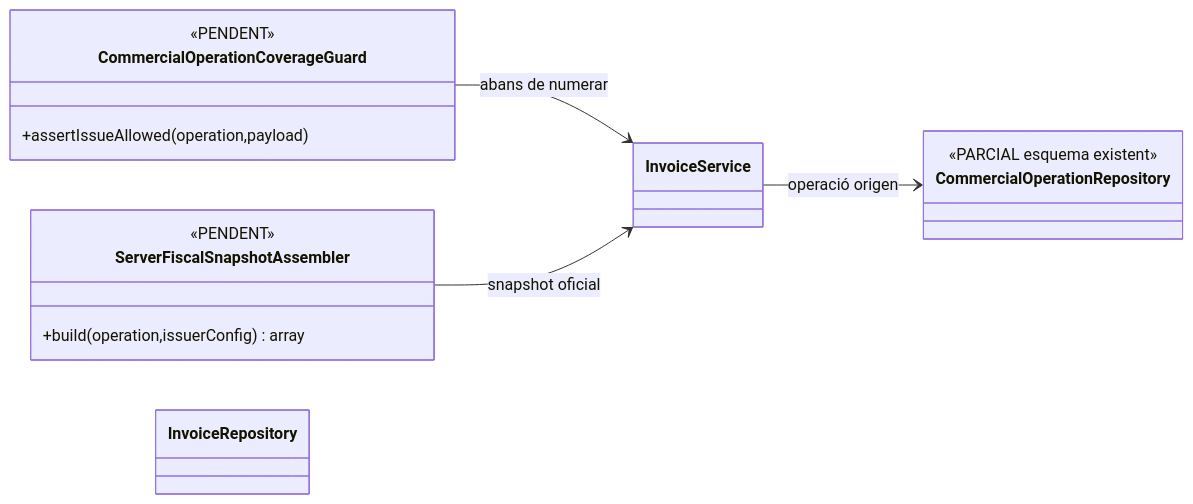
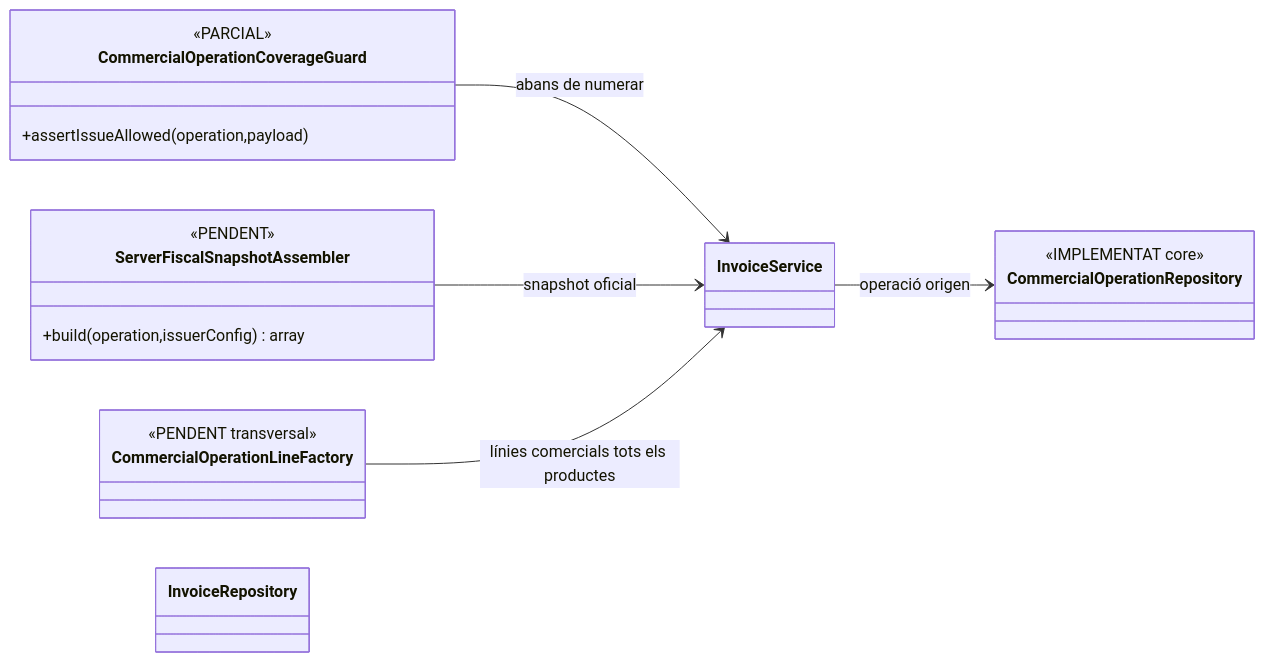
One commit to orgmeriemprismacat-del/verifactu changed the fourth of 4 diagrams in documentacio/07-uml-integrat/uc-001-classes-actual-final.md. Above: the diagram before and after it, drawn with Mermaid. The commit also changed other lines of this file, not shown here.

Commit message:
docs(UC-001): actualitzar diagrama classes comercial

````diff
--- a/documentacio/07-uml-integrat/uc-001-classes-actual-final.md
+++ b/documentacio/07-uml-integrat/uc-001-classes-actual-final.md
@@ -75,15 +112,17 @@
 ```mermaid
 classDiagram
 direction LR
-class CommercialOperationCoverageGuard { <<PENDENT>>
+class CommercialOperationCoverageGuard { <<PARCIAL>>
 +assertIssueAllowed(operation,payload) }
 class ServerFiscalSnapshotAssembler { <<PENDENT>>
 +build(operation,issuerConfig) array }
-class CommercialOperationRepository { <<PARCIAL esquema existent>> }
+class CommercialOperationRepository { <<IMPLEMENTAT core>> }
+class CommercialOperationLineFactory { <<PENDENT transversal>> }
 class InvoiceService
 class InvoiceRepository
 
 CommercialOperationCoverageGuard --> InvoiceService : abans de numerar
 ServerFiscalSnapshotAssembler --> InvoiceService : snapshot oficial
+CommercialOperationLineFactory --> InvoiceService : línies comercials tots els productes
 InvoiceService --> CommercialOperationRepository : operació origen
 ```
````
